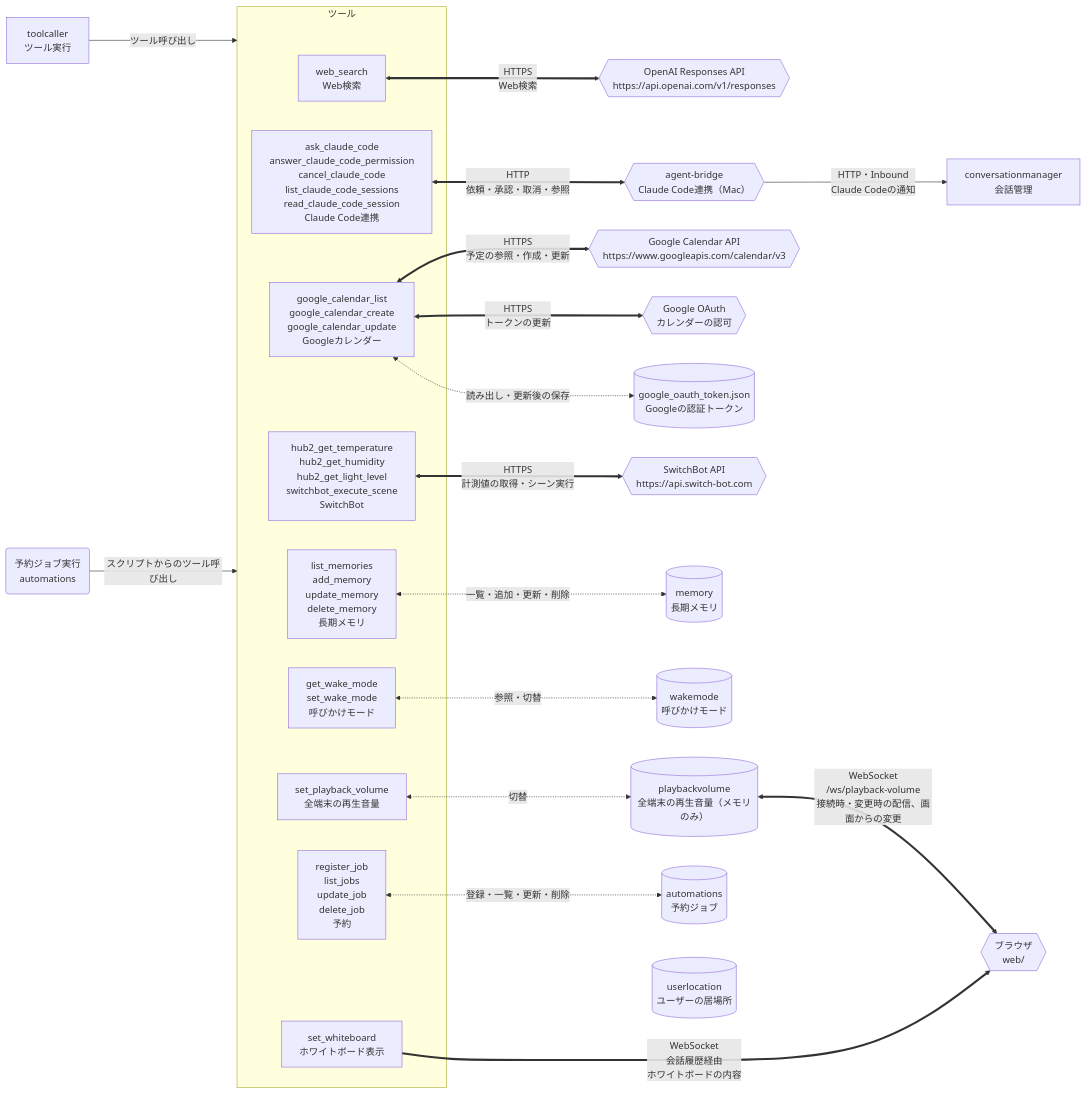
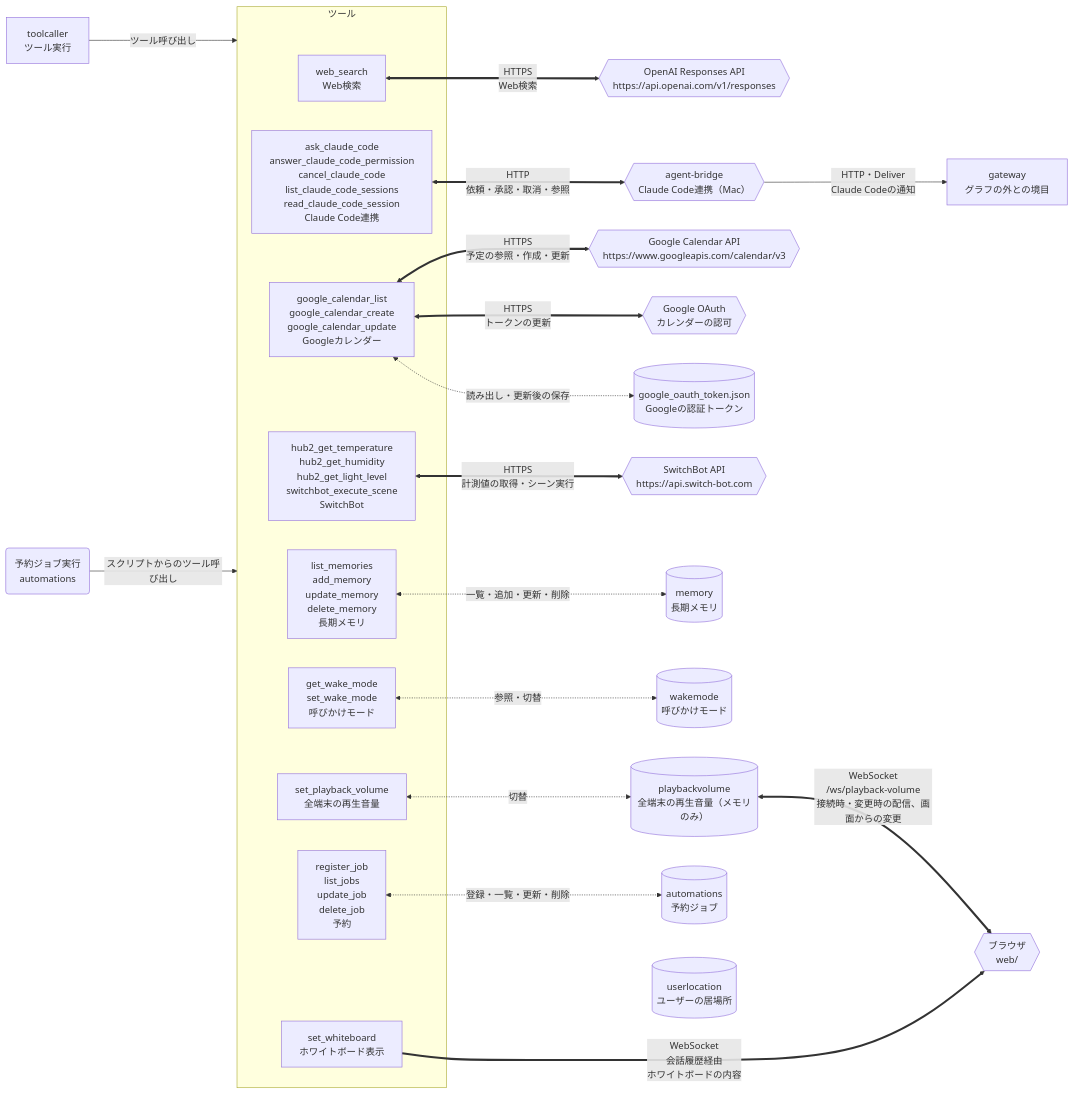
The third of 3 diagrams in README.md (tetetratra/smart-speaker), drawn with Mermaid before and after one commit. The commit also changed other lines of this file and 23 other files, not shown here.

````diff
--- a/README.md
+++ b/README.md
@@ -155,51 +157,51 @@
 ```mermaid
 flowchart LR
     tool["toolcaller<br/>ツール実行"]
     scheduler("予約ジョブ実行<br/>automations")
-    manager["conversationmanager<br/>会話管理"]
+    gateway["gateway<br/>グラフの外との境目"]
 
     subgraph toolset["ツール"]
         webSearchTool["web_search<br/>Web検索"]
         claudeCodeTool["ask_claude_code<br/>answer_claude_code_permission<br/>cancel_claude_code<br/>list_claude_code_sessions<br/>read_claude_code_session<br/>Claude Code連携"]
         calendarTool["google_calendar_list<br/>google_calendar_create<br/>google_calendar_update<br/>Googleカレンダー"]
         switchBotTool["hub2_get_temperature<br/>hub2_get_humidity<br/>hub2_get_light_level<br/>switchbot_execute_scene<br/>SwitchBot"]
         memoryTool["list_memories<br/>add_memory<br/>update_memory<br/>delete_memory<br/>長期メモリ"]
         wakeModeTool["get_wake_mode<br/>set_wake_mode<br/>呼びかけモード"]
         volumeTool["set_playback_volume<br/>全端末の再生音量"]
         automationTool["register_job<br/>list_jobs<br/>update_job<br/>delete_job<br/>予約"]
         whiteboardTool["set_whiteboard<br/>ホワイトボード表示"]
     end
 
 
     openaiResponses{{"OpenAI Responses API<br/>https://api.openai.com/v1/responses"}}
     agentBridge{{"agent-bridge<br/>Claude Code連携（Mac）"}}
     googleCalendar{{"Google Calendar API<br/>https://www.googleapis.com/calendar/v3"}}
     googleOAuth{{"Google OAuth<br/>カレンダーの認可"}}
     googleTokenStore[("google_oauth_token.json<br/>Googleの認証トークン")]
     switchBot{{"SwitchBot API<br/>https://api.switch-bot.com"}}
     memoryStore[("memory<br/>長期メモリ")]
     wakeModeStore[("wakemode<br/>呼びかけモード")]
     volumeStore[("playbackvolume<br/>全端末の再生音量（メモリのみ）")]
     automationStore[("automations<br/>予約ジョブ")]
     locationStore[("userlocation<br/>ユーザーの居場所")]
     browser{{"ブラウザ<br/>web/"}}
 
     tool -->|"ツール呼び出し"| toolset
     scheduler -->|"スクリプトからのツール呼び出し"| toolset
 
     webSearchTool <==>|"HTTPS<br/>Web検索"| openaiResponses
     claudeCodeTool <==>|"HTTP<br/>依頼・承認・取消・参照"| agentBridge
-    agentBridge -->|"HTTP・Inbound<br/>Claude Codeの通知"| manager
+    agentBridge -->|"HTTP・Deliver<br/>Claude Codeの通知"| gateway
     calendarTool <==>|"HTTPS<br/>予定の参照・作成・更新"| googleCalendar
     calendarTool <-.->|"読み出し・更新後の保存"| googleTokenStore
     calendarTool <==>|"HTTPS<br/>トークンの更新"| googleOAuth
     switchBotTool <==>|"HTTPS<br/>計測値の取得・シーン実行"| switchBot
     memoryTool <-.->|"一覧・追加・更新・削除"| memoryStore
     wakeModeTool <-.->|"参照・切替"| wakeModeStore
     volumeTool <-.->|"切替"| volumeStore
     volumeStore <==>|"WebSocket<br/>/ws/playback-volume<br/>接続時・変更時の配信、画面からの変更"| browser
     automationTool <-.->|"登録・一覧・更新・削除"| automationStore
     %% 居場所はツールにする予定で、まだどこからも使われていない。位置だけをそろえる見えない線。
     whiteboardTool ~~~ locationStore
     whiteboardTool ==>|"WebSocket<br/>会話履歴経由<br/>ホワイトボードの内容"| browser
 ```
````
